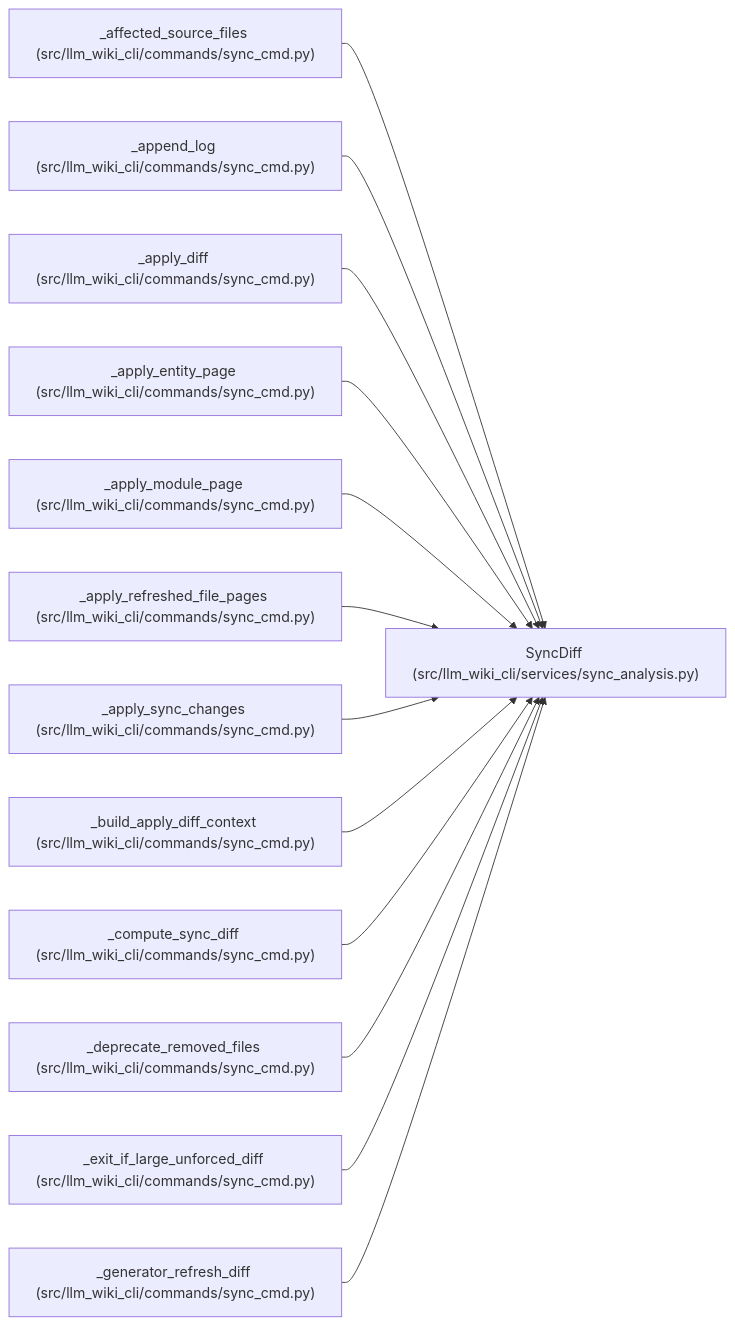
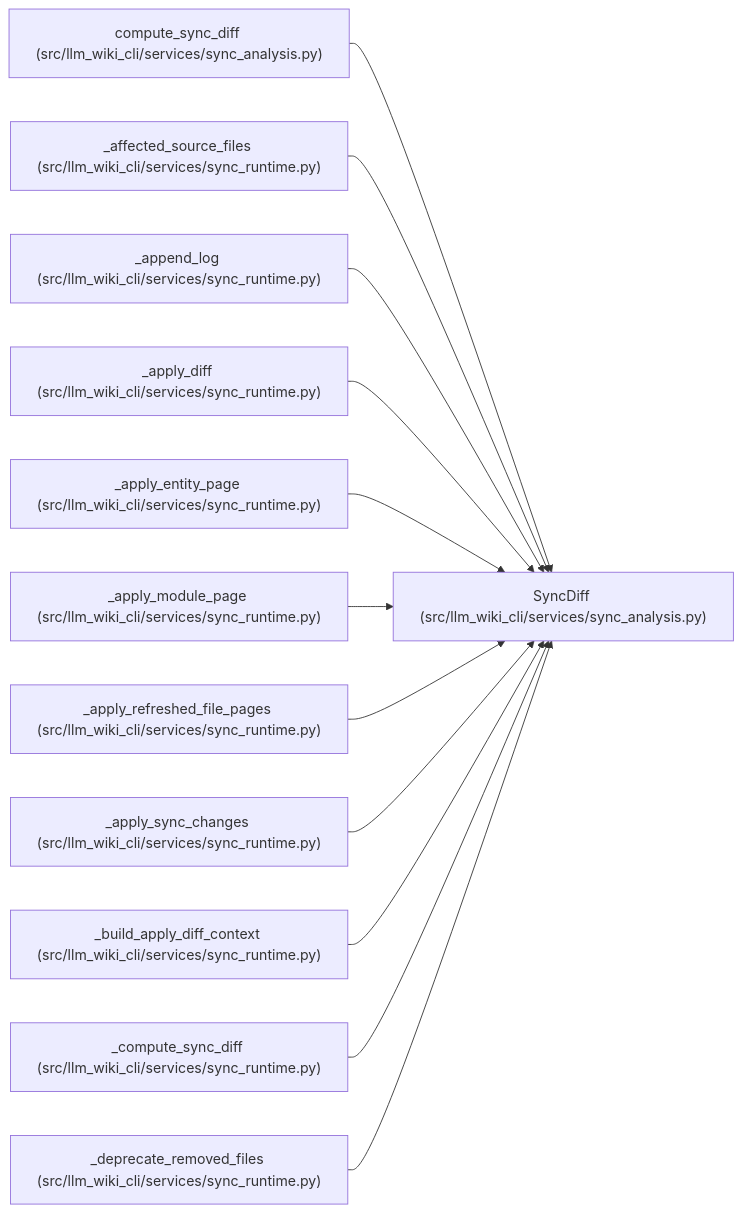
Before and after one commit to Denissvgn/python-wiki-llm: the diagram in docs/llm_wiki/entities/SyncDiff.md, drawn with Mermaid. The commit also changed other lines of this file and 1555 other files, not shown here.

First line of the commit message:
docs: refresh the wiki for the engine layer

````diff
--- a/docs/llm_wiki/entities/SyncDiff.md
+++ b/docs/llm_wiki/entities/SyncDiff.md
@@ -41,41 +41,38 @@
 ```mermaid
 flowchart LR
     n0["SyncDiff (src/llm_wiki_cli/services/sync_analysis.py)"]
-    n1["_affected_source_files (src/llm_wiki_cli/commands/sync_cmd.py)"]
-    n2["_append_log (src/llm_wiki_cli/commands/sync_cmd.py)"]
-    n3["_apply_diff (src/llm_wiki_cli/commands/sync_cmd.py)"]
-    n4["_apply_entity_page (src/llm_wiki_cli/commands/sync_cmd.py)"]
-    n5["_apply_module_page (src/llm_wiki_cli/commands/sync_cmd.py)"]
-    n6["_apply_refreshed_file_pages (src/llm_wiki_cli/commands/sync_cmd.py)"]
-    n7["_apply_sync_changes (src/llm_wiki_cli/commands/sync_cmd.py)"]
-    n8["_build_apply_diff_context (src/llm_wiki_cli/commands/sync_cmd.py)"]
-    n9["_compute_sync_diff (src/llm_wiki_cli/commands/sync_cmd.py)"]
-    n10["_deprecate_removed_files (src/llm_wiki_cli/commands/sync_cmd.py)"]
-    n11["_exit_if_large_unforced_diff (src/llm_wiki_cli/commands/sync_cmd.py)"]
-    n12["_generator_refresh_diff (src/llm_wiki_cli/commands/sync_cmd.py)"]
+    n1["compute_sync_diff (src/llm_wiki_cli/services/sync_analysis.py)"]
+    n2["_affected_source_files (src/llm_wiki_cli/services/sync_runtime.py)"]
+    n3["_append_log (src/llm_wiki_cli/services/sync_runtime.py)"]
+    n4["_apply_diff (src/llm_wiki_cli/services/sync_runtime.py)"]
+    n5["_apply_entity_page (src/llm_wiki_cli/services/sync_runtime.py)"]
+    n6["_apply_module_page (src/llm_wiki_cli/services/sync_runtime.py)"]
+    n7["_apply_refreshed_file_pages (src/llm_wiki_cli/services/sync_runtime.py)"]
+    n8["_apply_sync_changes (src/llm_wiki_cli/services/sync_runtime.py)"]
+    n9["_build_apply_diff_context (src/llm_wiki_cli/services/sync_runtime.py)"]
+    n10["_compute_sync_diff (src/llm_wiki_cli/services/sync_runtime.py)"]
+    n11["_deprecate_removed_files (src/llm_wiki_cli/services/sync_runtime.py)"]
     n1 --> n0
     n2 --> n0
     n3 --> n0
     n4 --> n0
     n5 --> n0
     n6 --> n0
     n7 --> n0
     n8 --> n0
     n9 --> n0
     n10 --> n0
     n11 --> n0
-    n12 --> n0
     click n0 "../modules/sync_analysis.md"
-    click n1 "../modules/sync_cmd.md"
-    click n2 "../modules/sync_cmd.md"
-    click n3 "../modules/sync_cmd.md"
-    click n4 "../modules/sync_cmd.md"
-    click n5 "../modules/sync_cmd.md"
-    click n6 "../modules/sync_cmd.md"
-    click n7 "../modules/sync_cmd.md"
-    click n8 "../modules/sync_cmd.md"
-    click n9 "../modules/sync_cmd.md"
-    click n10 "../modules/sync_cmd.md"
-    click n11 "../modules/sync_cmd.md"
-    click n12 "../modules/sync_cmd.md"
+    click n1 "../modules/sync_analysis.md"
+    click n2 "../modules/sync_runtime.md"
+    click n3 "../modules/sync_runtime.md"
+    click n4 "../modules/sync_runtime.md"
+    click n5 "../modules/sync_runtime.md"
+    click n6 "../modules/sync_runtime.md"
+    click n7 "../modules/sync_runtime.md"
+    click n8 "../modules/sync_runtime.md"
+    click n9 "../modules/sync_runtime.md"
+    click n10 "../modules/sync_runtime.md"
+    click n11 "../modules/sync_runtime.md"
 ```
````
